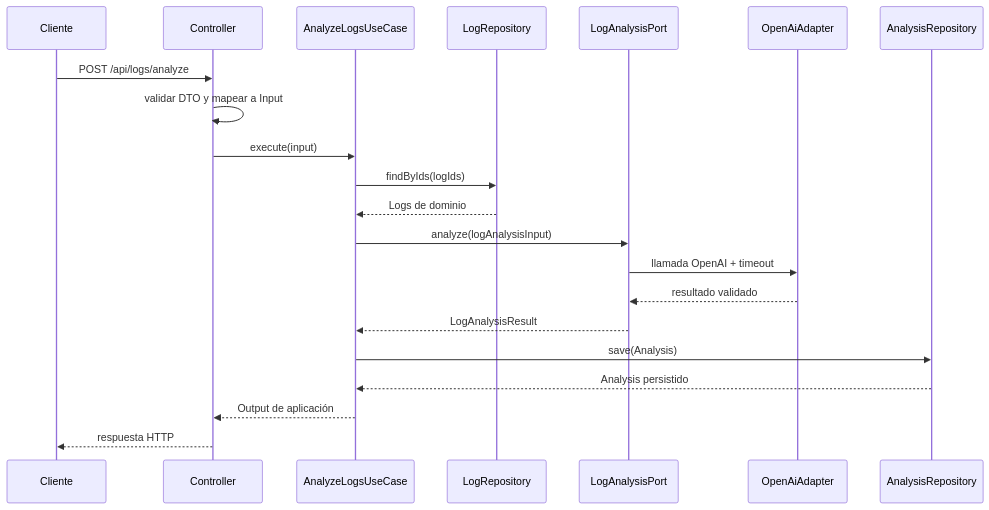
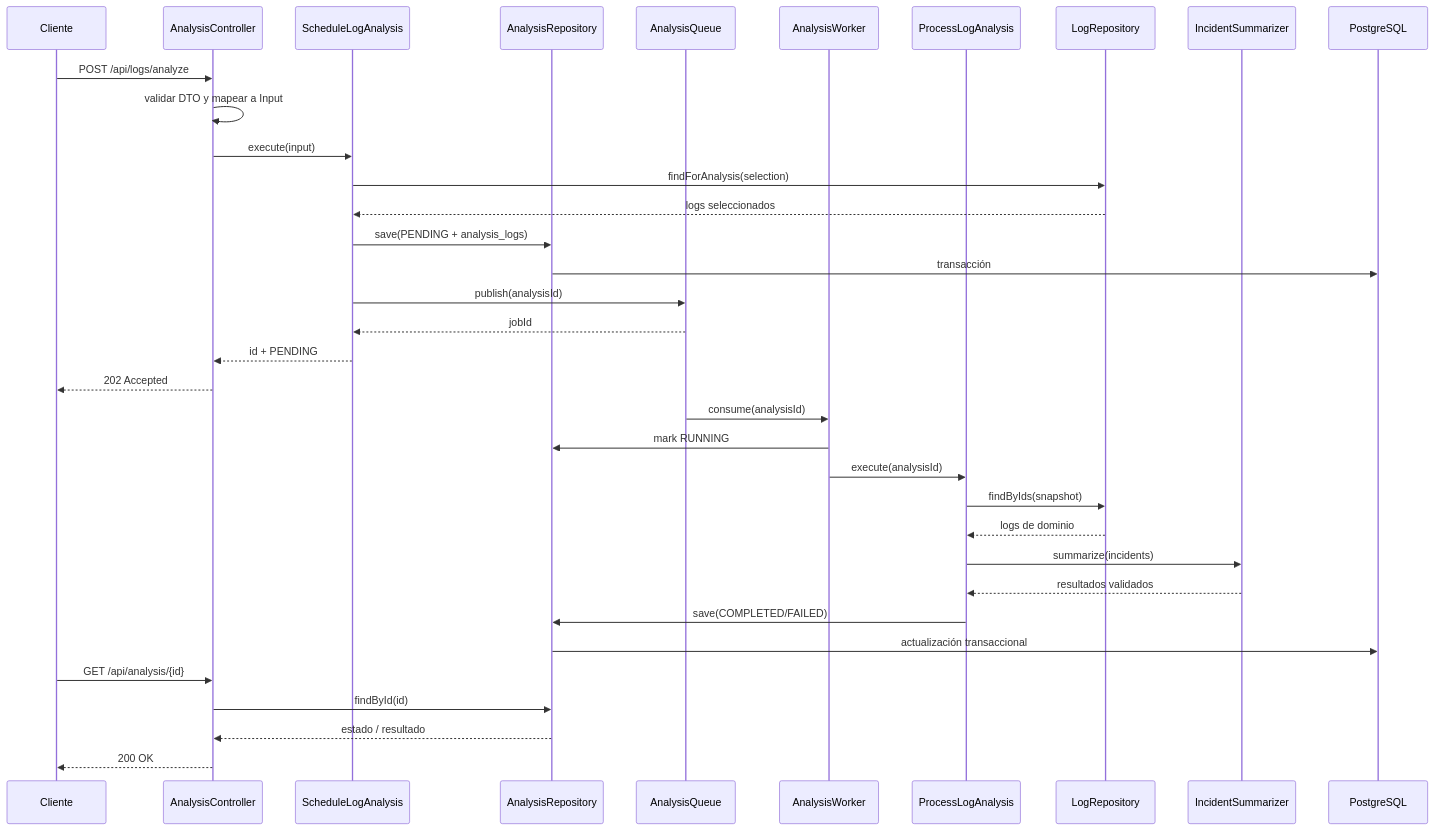
Before and after one commit to RodrigoCaraballo/smartlog-analyzer: the second of 2 diagrams in ARCHITECTURE.md, drawn with Mermaid. The commit also changed other lines of this file and 39 other files, not shown here.

````diff
--- a/ARCHITECTURE.md
+++ b/ARCHITECTURE.md
@@ -572,24 +606,40 @@
 ```mermaid
 sequenceDiagram
     participant C as Cliente
-    participant P as Controller
-    participant U as AnalyzeLogsUseCase
+    participant P as AnalysisController
+    participant S as ScheduleLogAnalysis
+    participant A as AnalysisRepository
+    participant Q as AnalysisQueue
+    participant W as AnalysisWorker
+    participant U as ProcessLogAnalysis
     participant R as LogRepository
-    participant L as LogAnalysisPort
-    participant O as OpenAiAdapter
-    participant A as AnalysisRepository
+    participant L as IncidentSummarizer
+    participant DB as PostgreSQL
 
     C->>P: POST /api/logs/analyze
     P->>P: validar DTO y mapear a Input
-    P->>U: execute(input)
-    U->>R: findByIds(logIds)
-    R-->>U: Logs de dominio
-    U->>L: analyze(logAnalysisInput)
-    L->>O: llamada OpenAI + timeout
-    O-->>L: resultado validado
-    L-->>U: LogAnalysisResult
-    U->>A: save(Analysis)
-    A-->>U: Analysis persistido
-    U-->>P: Output de aplicación
-    P-->>C: respuesta HTTP
+    P->>S: execute(input)
+    S->>R: findForAnalysis(selection)
+    R-->>S: logs seleccionados
+    S->>A: save(PENDING + analysis_logs)
+    A->>DB: transacción
+    S->>Q: publish(analysisId)
+    Q-->>S: jobId
+    S-->>P: id + PENDING
+    P-->>C: 202 Accepted
+
+    Q->>W: consume(analysisId)
+    W->>A: mark RUNNING
+    W->>U: execute(analysisId)
+    U->>R: findByIds(snapshot)
+    R-->>U: logs de dominio
+    U->>L: summarize(incidents)
+    L-->>U: resultados validados
+    U->>A: save(COMPLETED/FAILED)
+    A->>DB: actualización transaccional
+
+    C->>P: GET /api/analysis/{id}
+    P->>A: findById(id)
+    A-->>P: estado / resultado
+    P-->>C: 200 OK
 ```
````
